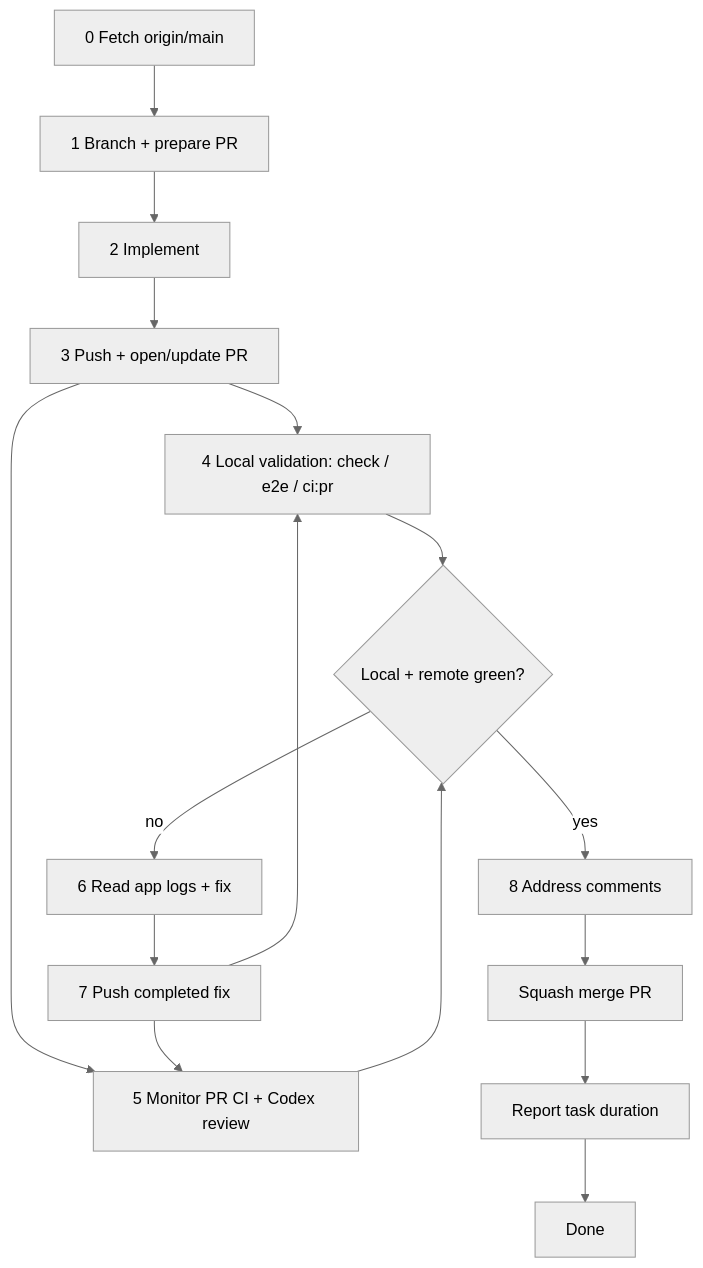
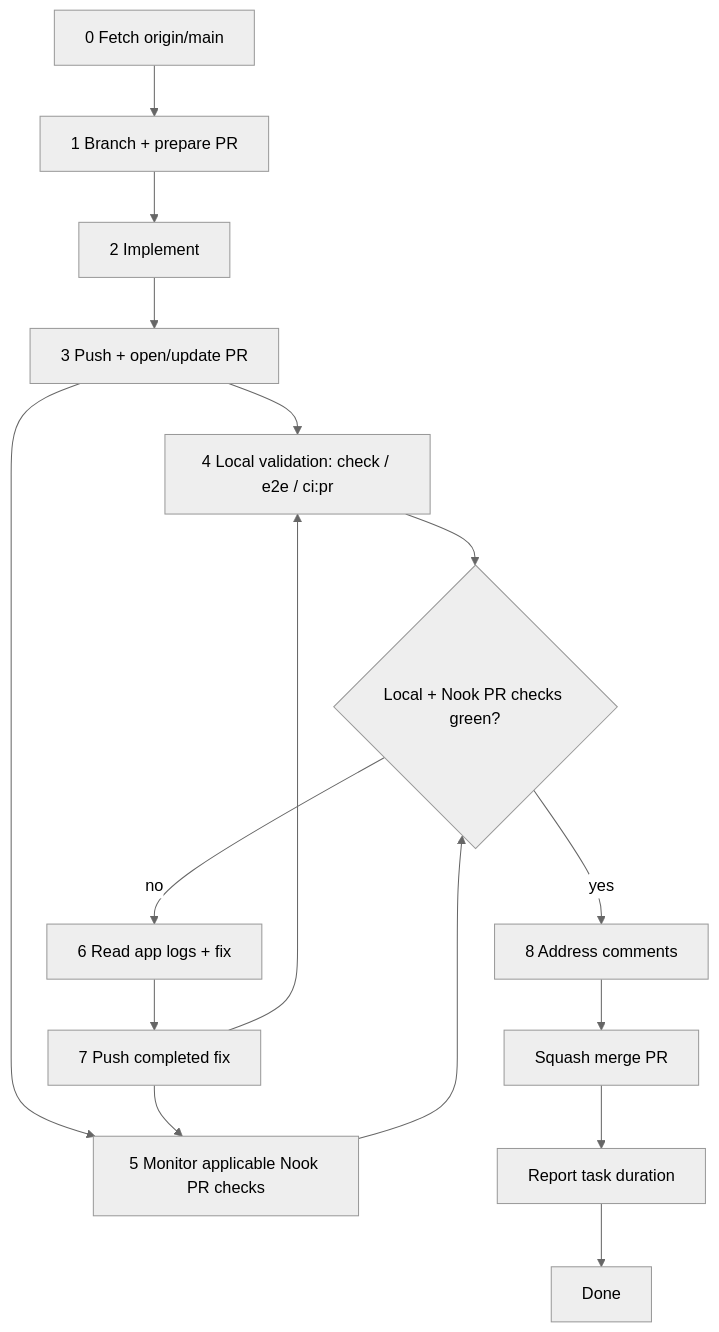
Before and after one commit to meta-secret/nook: the diagram in .cortex/workflows/pull-requests.md, drawn with Mermaid (neutral theme). The commit also changed other lines of this file and 16 other files, not shown here.

````diff
--- a/.cortex/workflows/pull-requests.md
+++ b/.cortex/workflows/pull-requests.md
@@ -48,18 +53,18 @@
 ```mermaid
 flowchart TD
   Z[0 Fetch origin/main] --> A[1 Branch + prepare PR]
   A --> I[2 Implement]
   I --> E[3 Push + open/update PR]
   E --> B[4 Local validation: check / e2e / ci:pr]
-  E --> F[5 Monitor PR CI + Codex review]
-  B --> G{Local + remote green?}
+  E --> F[5 Monitor applicable Nook PR checks]
+  B --> G{Local + Nook PR checks green?}
   F --> G
   G -->|no| H[6 Read app logs + fix]
   H --> PUSH[7 Push completed fix]
   PUSH --> B
   PUSH --> F
   G -->|yes| C[8 Address comments]
   C --> M[Squash merge PR]
   M --> J[Report task duration]
   J --> K[Done]
 ```
````
